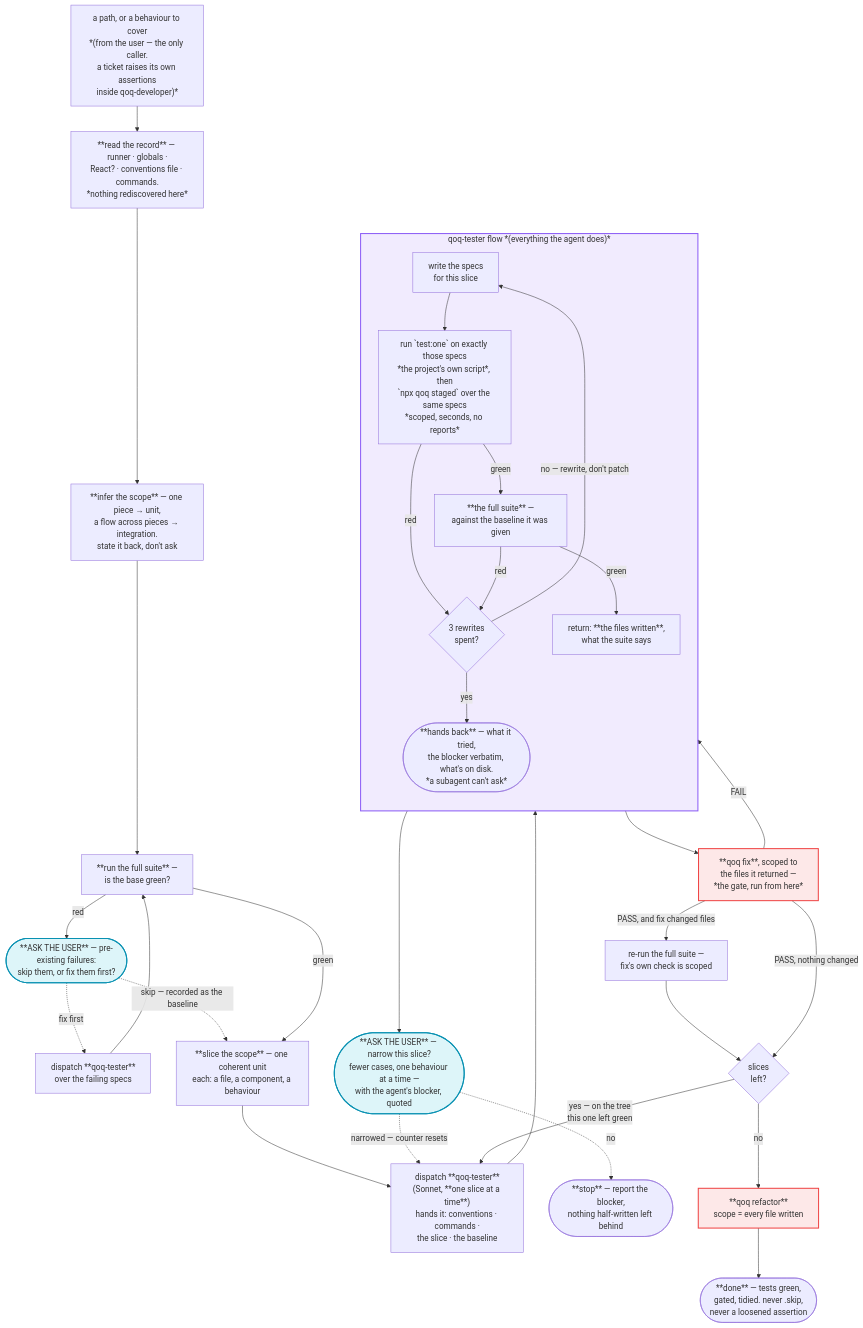
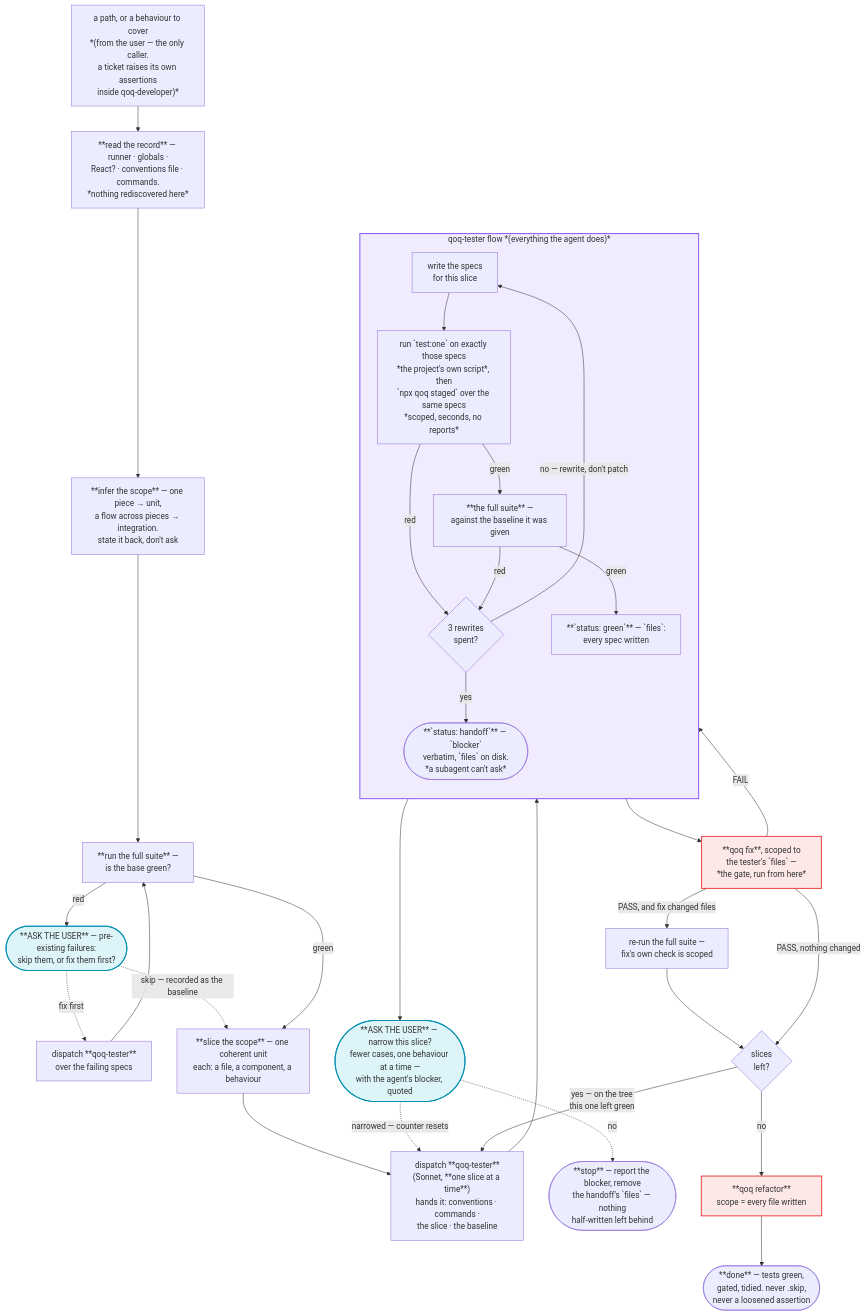
The ninth of 10 diagrams in docs/qoq-workflows.md (ladamczyk-it/qoq), drawn with Mermaid before and after one commit. The commit also changed other lines of this file and 6 other files, not shown here.

First line of the commit message:
feat(skill): fixed hand-back blocks for qoq-developer and qoq-tester

````diff
--- a/docs/qoq-workflows.md
+++ b/docs/qoq-workflows.md
@@ -535,51 +535,51 @@
 ```mermaid
 flowchart TD
     TARG["a path, or a behaviour to cover<br/>*(from the user — the only caller.<br/>a ticket raises its own assertions<br/>inside qoq-developer)*"]
     TARG --> TD1
     TD1["**read the record** — runner · globals ·<br/>React? · conventions file · commands.<br/>*nothing rediscovered here*"]
     TD1 --> TSCOPE["**infer the scope** — one piece → unit,<br/>a flow across pieces → integration.<br/>state it back, don't ask"]
 
     TSCOPE --> TBASE["**run the full suite** —<br/>is the base green?"]
     TBASE -->|"red"| TBASK(["**ASK THE USER** — pre-existing failures:<br/>skip them, or fix them first?"])
     TBASK -.->|"fix first"| TOLD["dispatch **qoq-tester**<br/>over the failing specs"]
     TOLD --> TBASE
     TBASK -.->|"skip — recorded as the baseline"| TSLICE
     TBASE -->|"green"| TSLICE
 
     TSLICE["**slice the scope** — one coherent unit<br/>each: a file, a component, a behaviour"]
     TSLICE --> TDISP["dispatch **qoq-tester**<br/>(Sonnet, **one slice at a time**)<br/>hands it: conventions · commands ·<br/>the slice · the baseline"]
 
     subgraph TESTER["qoq-tester flow *(everything the agent does)*"]
         direction TB
         A1["write the specs<br/>for this slice"]
         A1 --> A2["run `test:one` on exactly those specs<br/>*the project's own script*, then<br/>`npx qoq staged` over the same specs<br/>*scoped, seconds, no reports*"]
         A2 -->|"red"| A4
         A2 -->|"green"| A3["**the full suite** —<br/>against the baseline it was given"]
         A3 -->|"red"| A4{"3 rewrites<br/>spent?"}
         A4 -->|"no — rewrite, don't patch"| A1
-        A4 -->|"yes"| AHAND(["**hands back** — what it tried,<br/>the blocker verbatim, what's on disk.<br/>*a subagent can't ask*"])
-        A3 -->|"green"| ARET["return: **the files written**,<br/>what the suite says"]
+        A4 -->|"yes"| AHAND(["**`status: handoff`** — `blocker`<br/>verbatim, `files` on disk.<br/>*a subagent can't ask*"])
+        A3 -->|"green"| ARET["**`status: green`** — `files`:<br/>every spec written"]
     end
 
     TDISP --> A1
     AHAND --> TNARROW(["**ASK THE USER** — narrow this slice?<br/>fewer cases, one behaviour at a time —<br/>with the agent's blocker, quoted"])
     TNARROW -.->|"narrowed — counter resets"| TDISP
-    TNARROW -.->|"no"| TSTOP2(["**stop** — report the blocker,<br/>nothing half-written left behind"])
+    TNARROW -.->|"no"| TSTOP2(["**stop** — report the blocker, remove<br/>the handoff's `files` — nothing<br/>half-written left behind"])
 
-    ARET --> TGATE["**qoq fix**, scoped to<br/>the files it returned —<br/>*the gate, run from here*"]
+    ARET --> TGATE["**qoq fix**, scoped to<br/>the tester's `files` —<br/>*the gate, run from here*"]
     TGATE -->|FAIL| A4
     TGATE -->|"PASS, and fix changed files"| TRERUN["re-run the full suite —<br/>fix's own check is scoped"]
     TRERUN --> TMORE
     TGATE -->|"PASS, nothing changed"| TMORE{"slices<br/>left?"}
     TMORE -->|"yes — on the tree<br/>this one left green"| TDISP
     TMORE -->|"no"| TREF["**qoq refactor**<br/>scope = every file written"]
     TREF --> TDONE(["**done** — tests green,<br/>gated, tidied. never .skip,<br/>never a loosened assertion"])
 
     classDef agent fill:#8b5cf61f,stroke:#8b5cf6,stroke-width:2px
     classDef user fill:#06b6d422,stroke:#0891b2,stroke-width:2px
     classDef skill fill:#ef44441f,stroke:#ef4444,stroke-width:2px
 
     class TESTER agent
     class TNARROW,TBASK user
     class TGATE,TREF skill
 ```
````
